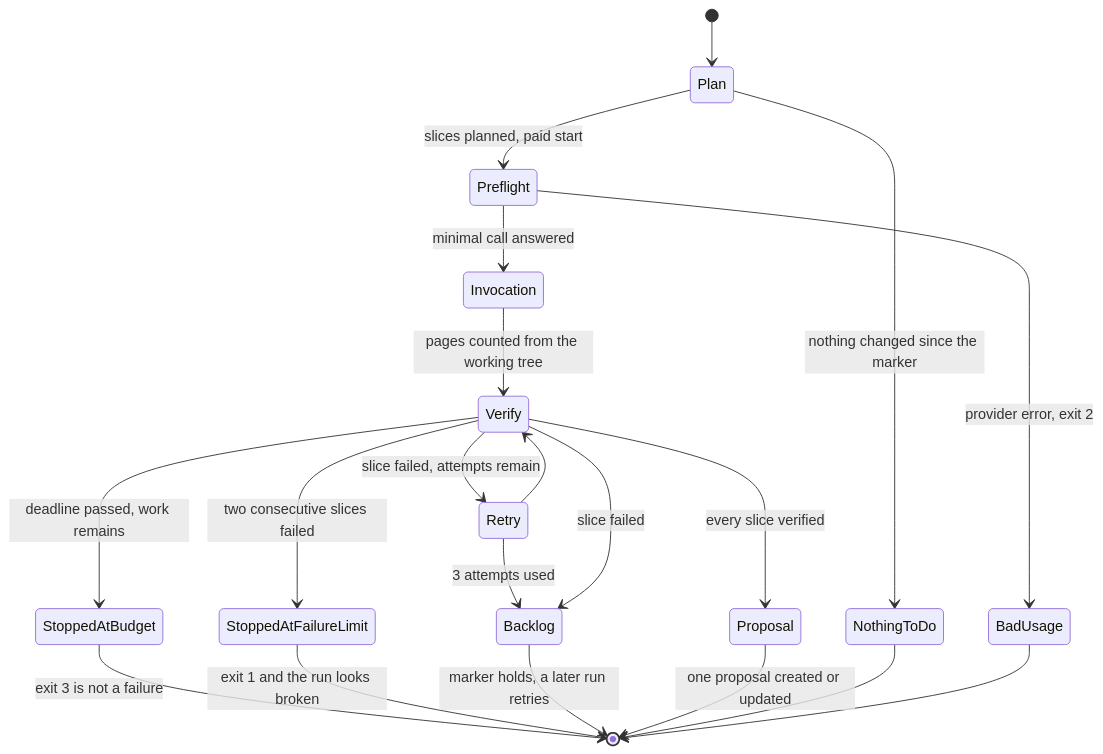
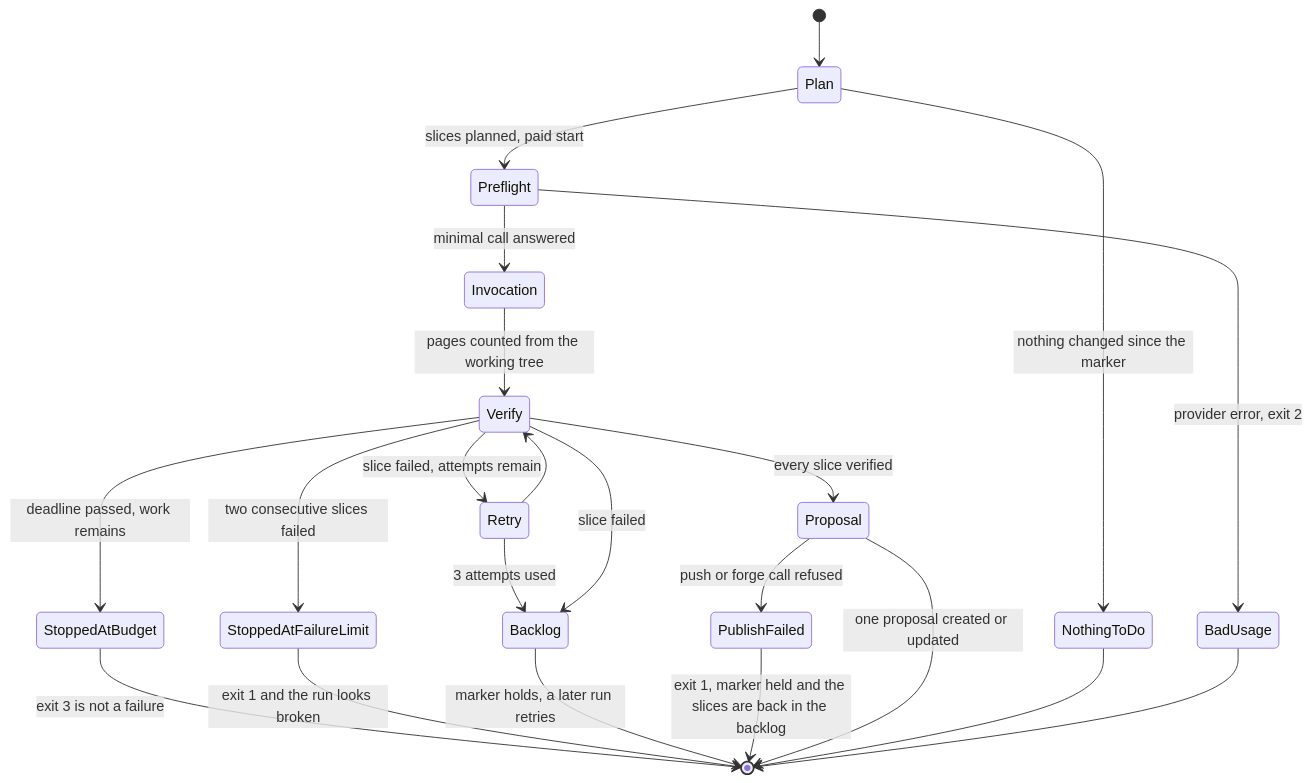
One commit to jumbleknot/MovieCollectionManager changed the first of 2 diagrams in openwiki/runbooks/wiki-maintenance.md. Above: the diagram before and after it, drawn with Mermaid. The commit also changed other lines of this file and 11 other files, not shown here.

````diff
--- a/openwiki/runbooks/wiki-maintenance.md
+++ b/openwiki/runbooks/wiki-maintenance.md
@@ -69,22 +68,24 @@
 ```mermaid
 stateDiagram-v2
     [*] --> Plan
     Plan --> NothingToDo: nothing changed since the marker
     Plan --> Preflight: slices planned, paid start
     Preflight --> BadUsage: provider error, exit 2
     Preflight --> Invocation: minimal call answered
     Invocation --> Verify: pages counted from the working tree
     Verify --> Proposal: every slice verified
     Verify --> StoppedAtBudget: deadline passed, work remains
     StoppedAtBudget --> [*]: exit 3 is not a failure
     Verify --> Retry: slice failed, attempts remain
     Retry --> Verify
     Retry --> Backlog: 3 attempts used
     Verify --> Backlog: slice failed
     Verify --> StoppedAtFailureLimit: two consecutive slices failed
     StoppedAtFailureLimit --> [*]: exit 1 and the run looks broken
     Backlog --> [*]: marker holds, a later run retries
+    Proposal --> PublishFailed: push or forge call refused
+    PublishFailed --> [*]: exit 1, marker held and the slices are back in the backlog
     Proposal --> [*]: one proposal created or updated
     NothingToDo --> [*]
     BadUsage --> [*]
 ```
````
